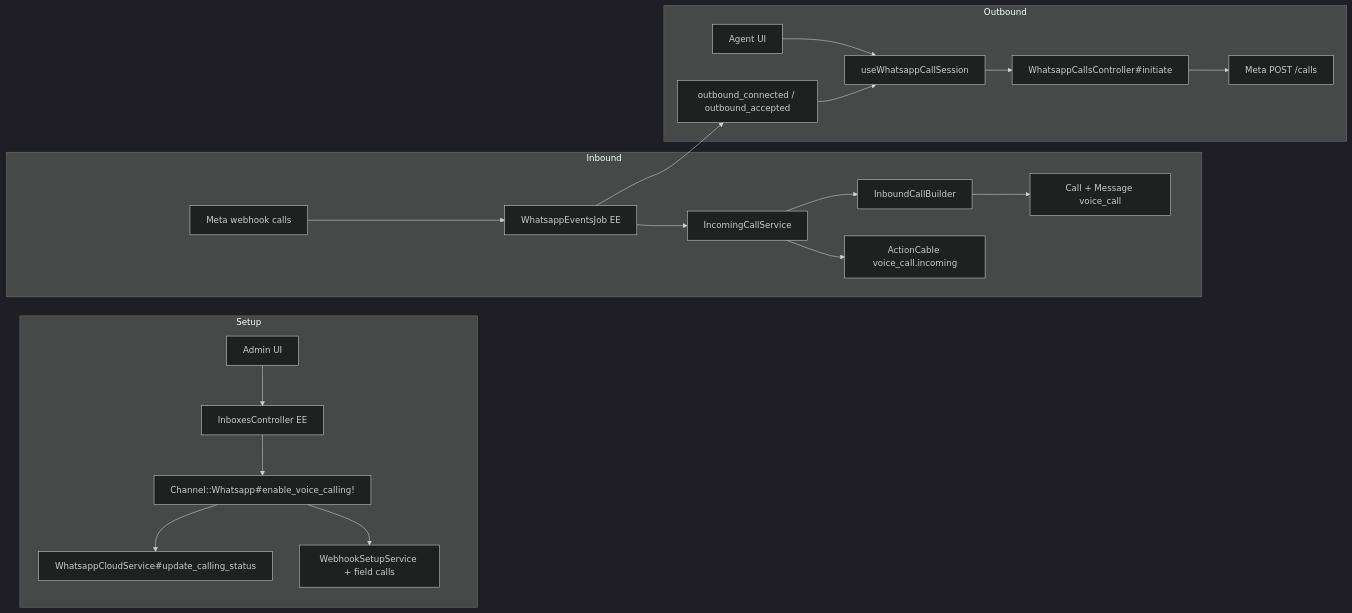
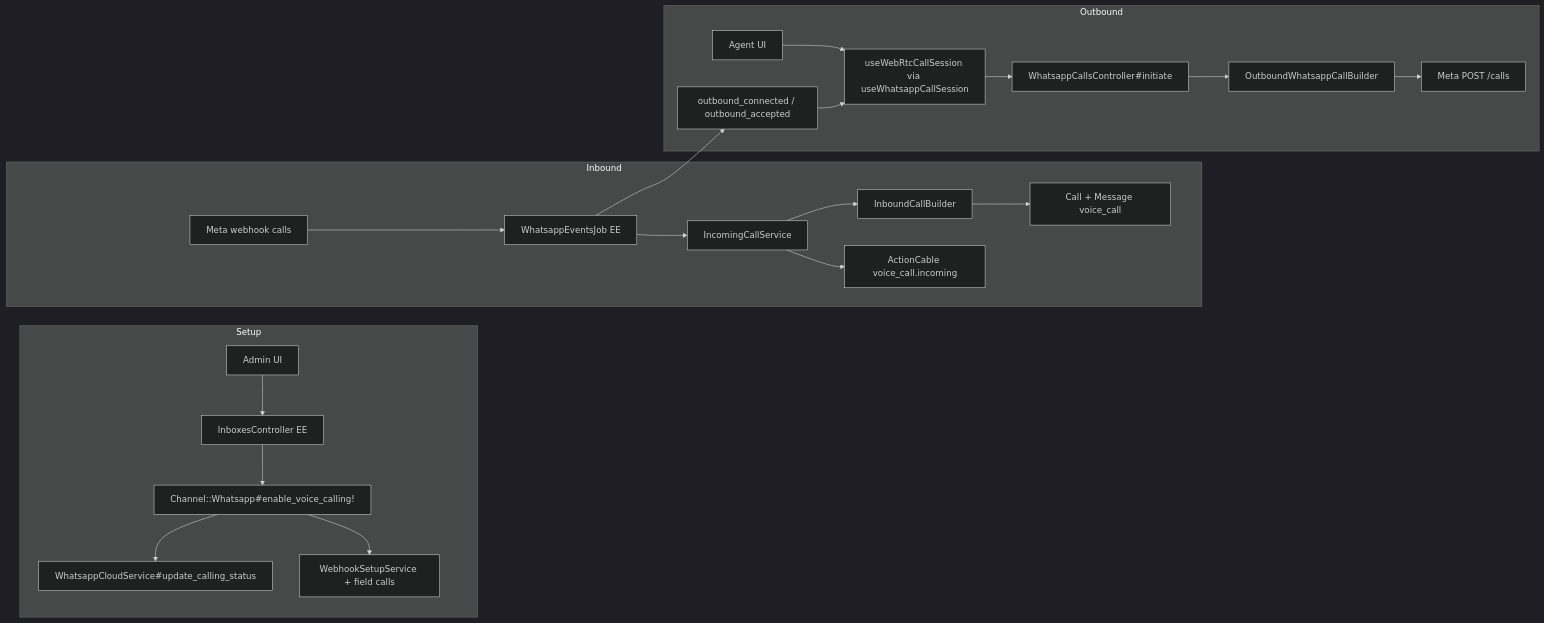
Before and after one commit to cesar-carlos/chatwoot: the second of 2 diagrams in doc/feature/whatsapp-voice/architecture-and-flow.md, drawn with Mermaid (dark theme). The commit also changed other lines of this file and 4 other files, not shown here.

````diff
--- a/doc/feature/whatsapp-voice/architecture-and-flow.md
+++ b/doc/feature/whatsapp-voice/architecture-and-flow.md
@@ -102,25 +103,26 @@
 ```mermaid
 flowchart LR
     subgraph Setup
         A[Admin UI] --> B[InboxesController EE]
         B --> C[Channel::Whatsapp#enable_voice_calling!]
         C --> D[WhatsappCloudService#update_calling_status]
         C --> E[WebhookSetupService + field calls]
     end
 
     subgraph Inbound
         F[Meta webhook calls] --> G[WhatsappEventsJob EE]
         G --> H[IncomingCallService]
         H --> I[InboundCallBuilder]
         I --> J[Call + Message voice_call]
         H --> K[ActionCable voice_call.incoming]
     end
 
     subgraph Outbound
-        L[Agent UI] --> M[useWhatsappCallSession]
+        L[Agent UI] --> M[useWebRtcCallSession via useWhatsappCallSession]
         M --> N[WhatsappCallsController#initiate]
-        N --> O[Meta POST /calls]
-        G --> P[outbound_connected / outbound_accepted]
-        P --> M
+        N --> O[OutboundWhatsappCallBuilder]
+        O --> P[Meta POST /calls]
+        G --> Q[outbound_connected / outbound_accepted]
+        Q --> M
     end
 ```
````
